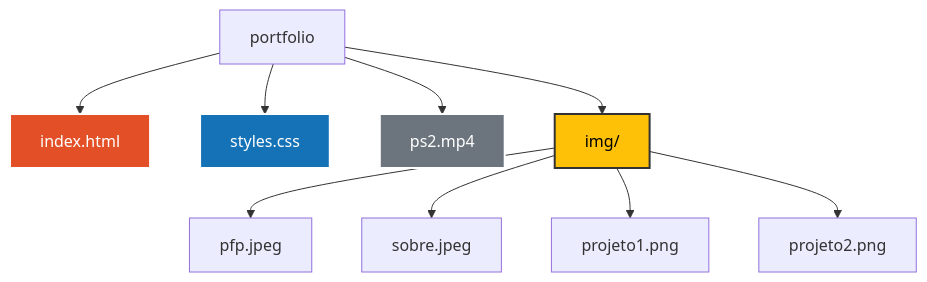
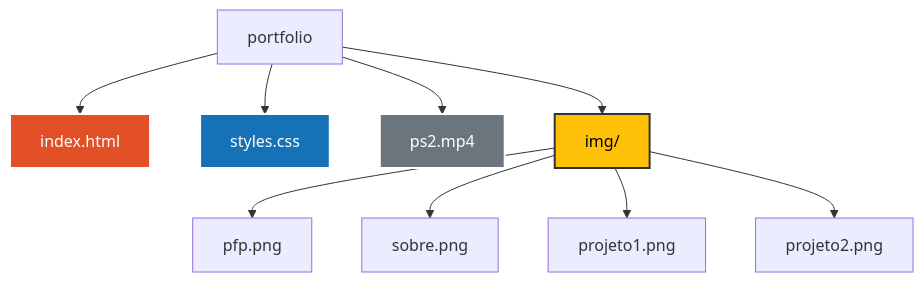
The diagram in README.md (AliceSilva2012/portfolio), drawn with Mermaid before and after one commit.

Commit message:
Update image file extensions in README.md

````diff
--- a/README.md
+++ b/README.md
@@ -75,16 +75,16 @@
 ```mermaid
 graph TD
     A[portfolio] --> B[index.html]
     A --> C[styles.css]
     A --> D[ps2.mp4]
     A --> E[img/]
-    E --> F[pfp.jpeg]
-    E --> G[sobre.jpeg]
+    E --> F[pfp.png]
+    E --> G[sobre.png]
     E --> H[projeto1.png]
     E --> I[projeto2.png]
 
     style B fill:#e34f26,stroke:#fff,stroke-width:2px,color:#fff
     style C fill:#1572b6,stroke:#fff,stroke-width:2px,color:#fff
     style D fill:#6c757d,stroke:#fff,stroke-width:2px,color:#fff
     style E fill:#ffc107,stroke:#333,stroke-width:2px,color:#000
 ``` 
````
